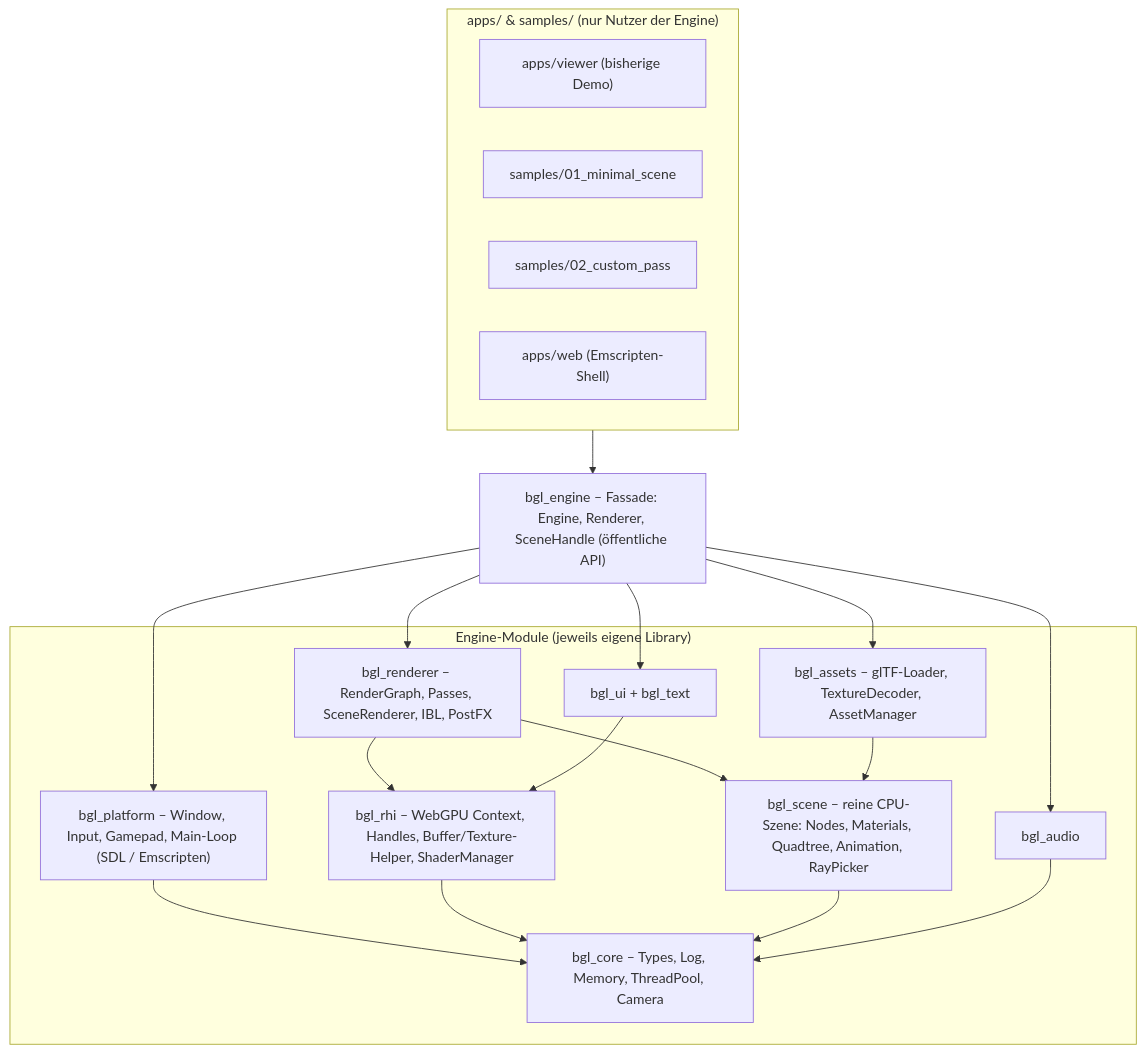
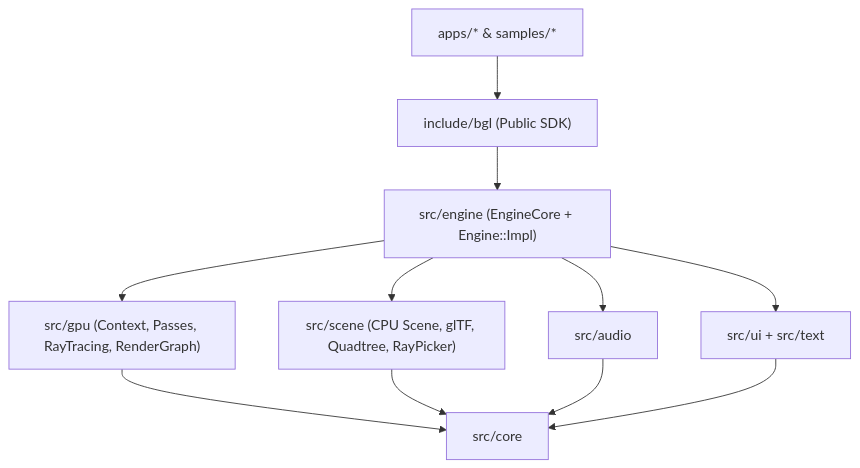
The diagram in docs/ENGINE_ARCHITECTURE_PLAN.md (bkuolt/web-assembly-demo), drawn with Mermaid before and after one commit. The commit also changed other lines of this file and 5 other files, not shown here.

Commit message:
docs(en): refine architecture docs and public SDK docstrings to formal English

````diff
--- a/docs/ENGINE_ARCHITECTURE_PLAN.md
+++ b/docs/ENGINE_ARCHITECTURE_PLAN.md
@@ -33,32 +30,13 @@
 ```mermaid
 flowchart TD
-    subgraph Apps["apps/ & samples/ (nur Nutzer der Engine)"]
-        VIEWER["apps/viewer (bisherige Demo)"]
-        S1["samples/01_minimal_scene"]
-        S2["samples/02_custom_pass"]
-        WEB["apps/web (Emscripten-Shell)"]
-    end
-
-    ENGINE["bgl_engine – Fassade: Engine, Renderer, SceneHandle (öffentliche API)"]
-
-    subgraph Layers["Engine-Module (jeweils eigene Library)"]
-        RENDERER["bgl_renderer – RenderGraph, Passes, SceneRenderer, IBL, PostFX"]
-        UI["bgl_ui + bgl_text"]
-        SCENEIO["bgl_assets – glTF-Loader, TextureDecoder, AssetManager"]
-        SCENE["bgl_scene – reine CPU-Szene: Nodes, Materials, Quadtree, Animation, RayPicker"]
-        AUDIO["bgl_audio"]
-        PLATFORM["bgl_platform – Window, Input, Gamepad, Main-Loop (SDL / Emscripten)"]
-        RHI["bgl_rhi – WebGPU Context, Handles, Buffer/Texture-Helper, ShaderManager"]
-        CORE["bgl_core – Types, Log, Memory, ThreadPool, Camera"]
-    end
-
-    Apps --> ENGINE
-    ENGINE --> RENDERER & UI & SCENEIO & AUDIO & PLATFORM
-    RENDERER --> RHI & SCENE
-    SCENEIO --> SCENE
-    UI --> RHI
-    PLATFORM --> CORE
-    RHI --> CORE
-    SCENE --> CORE
-    AUDIO --> CORE
+    Apps["apps/* & samples/*"] --> Public["include/bgl (Public SDK)"]
+    Public --> Engine["src/engine (EngineCore + Engine::Impl)"]
+    Engine --> Renderer["src/gpu (Context, Passes, RayTracing, RenderGraph)"]
+    Engine --> Scene["src/scene (CPU Scene, glTF, Quadtree, RayPicker)"]
+    Engine --> Audio["src/audio"]
+    Engine --> UI["src/ui + src/text"]
+    Renderer --> Core["src/core"]
+    Scene --> Core
+    Audio --> Core
+    UI --> Core
 ```
````
